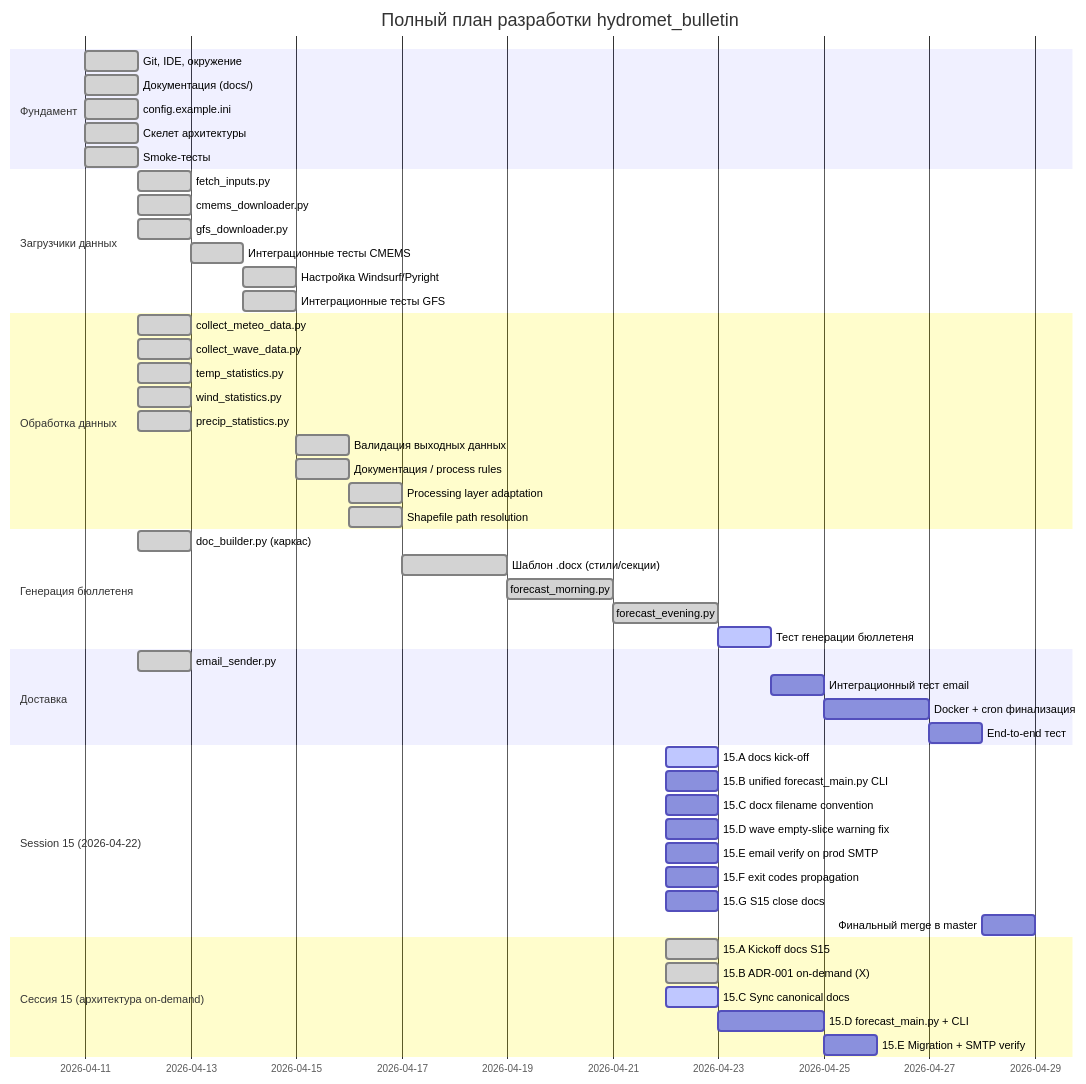
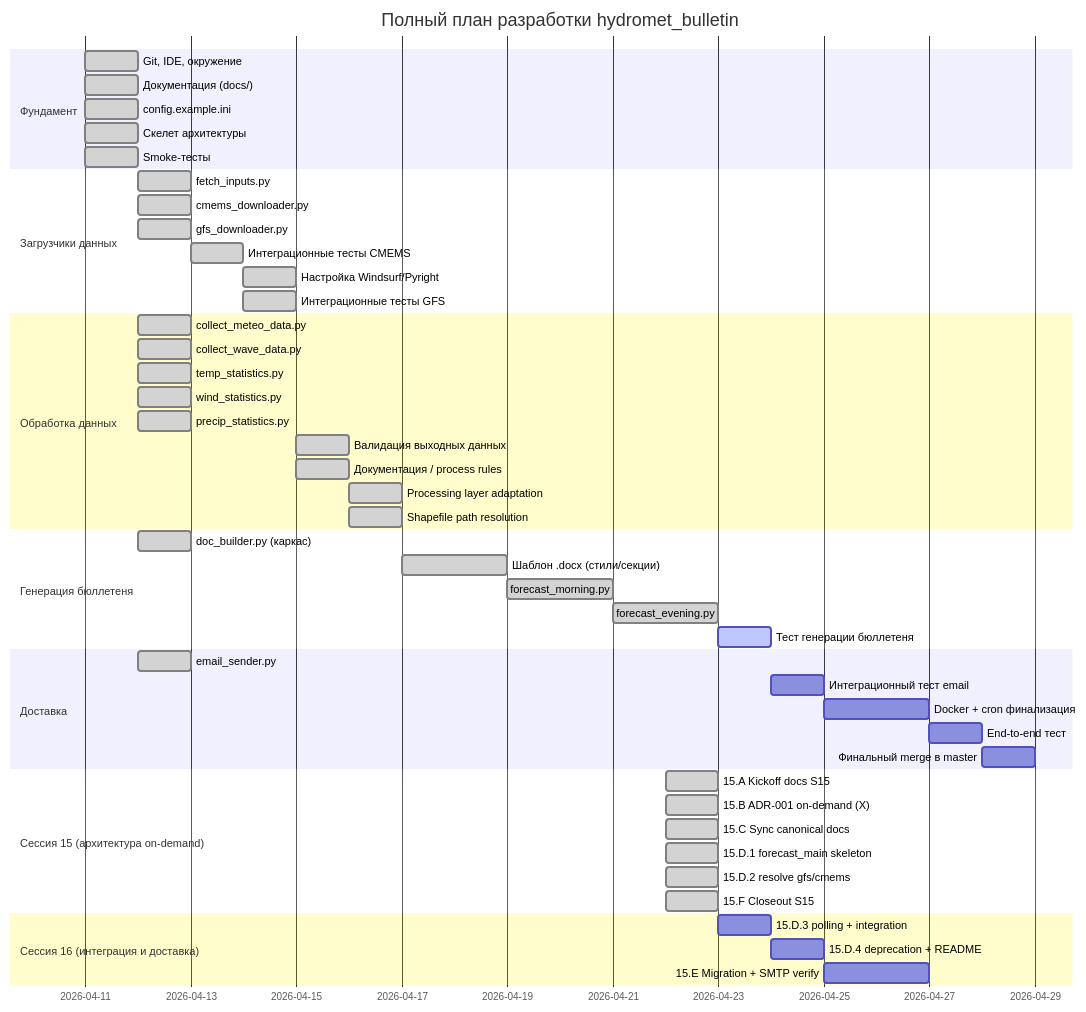
The first of 2 diagrams in docs/project_progress.md (zubkovfpk/hydromet_bulletin), drawn with Mermaid before and after one commit. The commit also changed other lines of this file and 2 other files, not shown here.

Commit message:
15.F: session 15 closeout — .gitignore DT-15-A, docs sync, S15→S16 handoff

````diff
--- a/docs/project_progress.md
+++ b/docs/project_progress.md
@@ -5,54 +5,51 @@
 ```mermaid
 gantt
     title Полный план разработки hydromet_bulletin
     dateFormat YYYY-MM-DD
     section Фундамент
     Git, IDE, окружение          :done, 2026-04-11, 1d
     Документация (docs/)         :done, 2026-04-11, 1d
     config.example.ini           :done, 2026-04-11, 1d
     Скелет архитектуры           :done, 2026-04-11, 1d
     Smoke-тесты                  :done, 2026-04-11, 1d
     section Загрузчики данных
     fetch_inputs.py              :done, 2026-04-12, 1d
     cmems_downloader.py          :done, 2026-04-12, 1d
     gfs_downloader.py            :done, 2026-04-12, 1d
     Интеграционные тесты CMEMS   :done, 2026-04-13, 1d
     Настройка Windsurf/Pyright   :done, 2026-04-14, 1d
     Интеграционные тесты GFS     :done, 2026-04-14, 1d
     section Обработка данных
     collect_meteo_data.py        :done, 2026-04-12, 1d
     collect_wave_data.py         :done, 2026-04-12, 1d
     temp_statistics.py           :done, 2026-04-12, 1d
     wind_statistics.py           :done, 2026-04-12, 1d
     precip_statistics.py         :done, 2026-04-12, 1d
     Валидация выходных данных    :done, 2026-04-15, 1d
     Документация / process rules :done, 2026-04-15, 1d
     Processing layer adaptation  :done, 2026-04-16, 1d
     Shapefile path resolution    :done, 2026-04-16, 1d
     section Генерация бюллетеня
     doc_builder.py (каркас)      :done, 2026-04-12, 1d
     Шаблон .docx (стили/секции) :done, 2026-04-17, 2d
     forecast_morning.py          :done, 2026-04-19, 2d
     forecast_evening.py          :done, 2026-04-21, 2d
     Тест генерации бюллетеня     :active, 2026-04-23, 1d
     section Доставка
     email_sender.py              :done, 2026-04-12, 1d
     Интеграционный тест email    :2026-04-24, 1d
     Docker + cron финализация    :2026-04-25, 2d
     End-to-end тест              :2026-04-27, 1d
-    section Session 15 (2026-04-22)
-    15.A docs kick-off                 :active, 2026-04-22, 1d
-    15.B unified forecast_main.py CLI  :2026-04-22, 1d
-    15.C docx filename convention      :2026-04-22, 1d
-    15.D wave empty-slice warning fix  :2026-04-22, 1d
-    15.E email verify on prod SMTP     :2026-04-22, 1d
-    15.F exit codes propagation        :2026-04-22, 1d
-    15.G S15 close docs                :2026-04-22, 1d
     Финальный merge в master     :2026-04-28, 1d
     section Сессия 15 (архитектура on-demand)
     15.A Kickoff docs S15            :done, 2026-04-22, 1d
     15.B ADR-001 on-demand (X)       :done, 2026-04-22, 1d
-    15.C Sync canonical docs         :active, 2026-04-22, 1d
-    15.D forecast_main.py + CLI      :2026-04-23, 2d
-    15.E Migration + SMTP verify     :2026-04-25, 1d
+    15.C Sync canonical docs         :done, 2026-04-22, 1d
+    15.D.1 forecast_main skeleton    :done, 2026-04-22, 1d
+    15.D.2 resolve gfs/cmems         :done, 2026-04-22, 1d
+    15.F Closeout S15                :done, 2026-04-22, 1d
+    section Сессия 16 (интеграция и доставка)
+    15.D.3 polling + integration     :2026-04-23, 1d
+    15.D.4 deprecation + README      :2026-04-24, 1d
+    15.E Migration + SMTP verify     :2026-04-25, 2d
 ```
````
